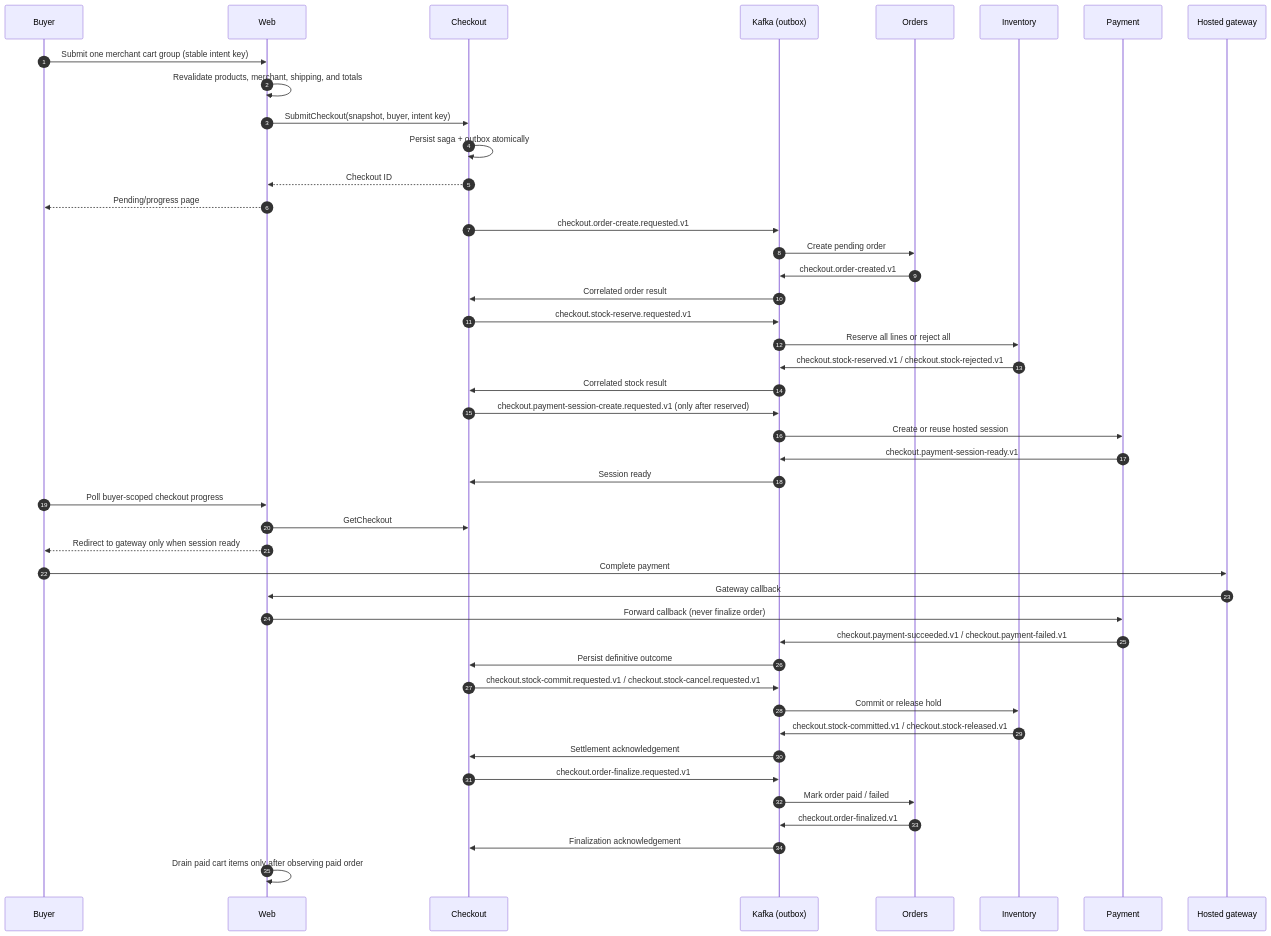
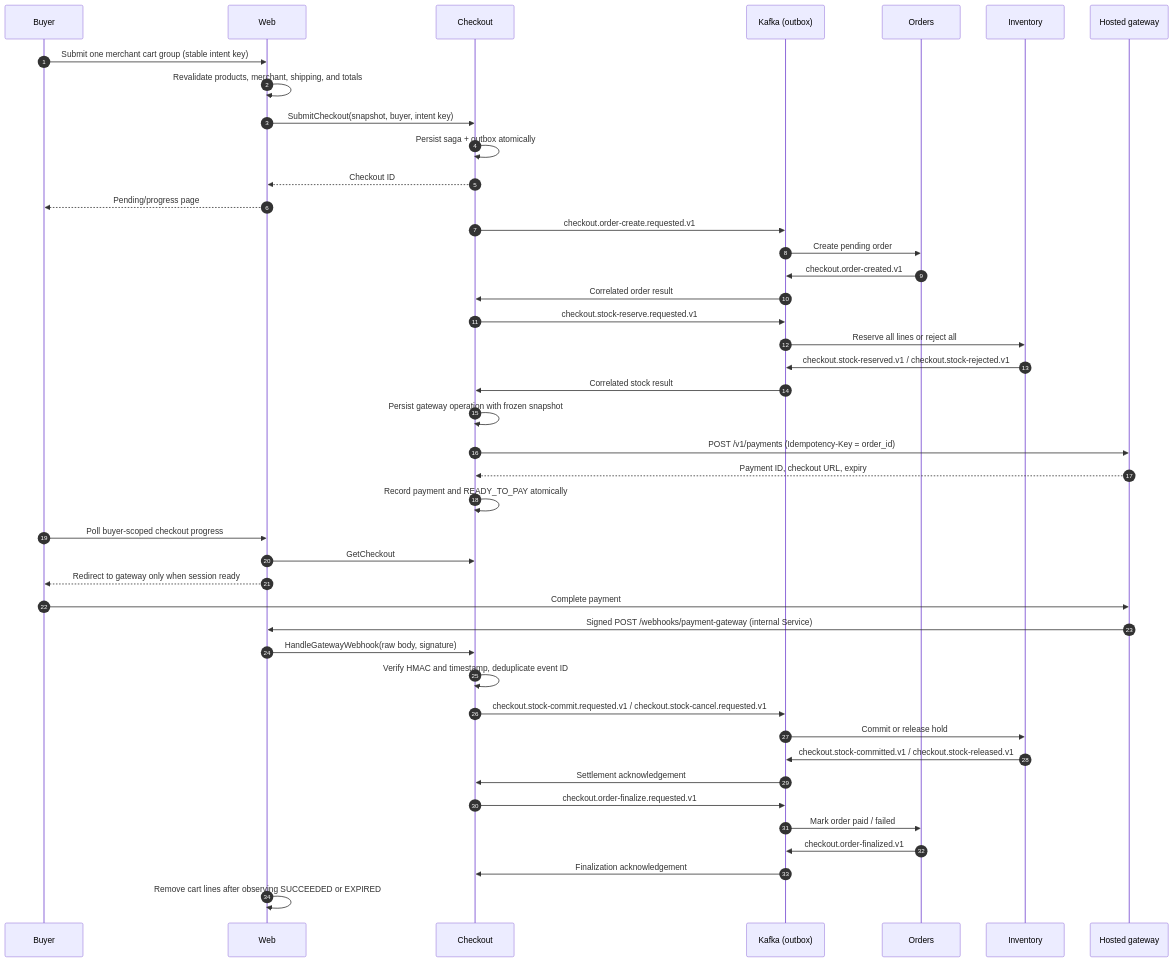
Before and after one commit to phuchoang2603/refurbished-marketplace: the diagram in docs/order-placement.md, drawn with Mermaid. The commit also changed other lines of this file and 27 other files, not shown here.

Commit message:
feat(infra): wire production gateway and remove legacy payment deployment

````diff
--- a/docs/order-placement.md
+++ b/docs/order-placement.md
@@ -7,48 +7,46 @@
 ```mermaid
 sequenceDiagram
     autonumber
     participant B as Buyer
     participant W as Web
     participant C as Checkout
     participant K as Kafka (outbox)
     participant O as Orders
     participant I as Inventory
-    participant P as Payment
     participant G as Hosted gateway
 
     B->>W: Submit one merchant cart group (stable intent key)
     W->>W: Revalidate products, merchant, shipping, and totals
     W->>C: SubmitCheckout(snapshot, buyer, intent key)
     C->>C: Persist saga + outbox atomically
     C-->>W: Checkout ID
     W-->>B: Pending/progress page
     C->>K: checkout.order-create.requested.v1
     K->>O: Create pending order
     O->>K: checkout.order-created.v1
     K->>C: Correlated order result
     C->>K: checkout.stock-reserve.requested.v1
     K->>I: Reserve all lines or reject all
     I->>K: checkout.stock-reserved.v1 / checkout.stock-rejected.v1
     K->>C: Correlated stock result
-    C->>K: checkout.payment-session-create.requested.v1 (only after reserved)
-    K->>P: Create or reuse hosted session
-    P->>K: checkout.payment-session-ready.v1
-    K->>C: Session ready
+    C->>C: Persist gateway operation with frozen snapshot
+    C->>G: POST /v1/payments (Idempotency-Key = order_id)
+    G-->>C: Payment ID, checkout URL, expiry
+    C->>C: Record payment and READY_TO_PAY atomically
     B->>W: Poll buyer-scoped checkout progress
     W->>C: GetCheckout
     W-->>B: Redirect to gateway only when session ready
     B->>G: Complete payment
-    G->>W: Gateway callback
-    W->>P: Forward callback (never finalize order)
-    P->>K: checkout.payment-succeeded.v1 / checkout.payment-failed.v1
-    K->>C: Persist definitive outcome
+    G->>W: Signed POST /webhooks/payment-gateway (internal Service)
+    W->>C: HandleGatewayWebhook(raw body, signature)
+    C->>C: Verify HMAC and timestamp, deduplicate event ID
     C->>K: checkout.stock-commit.requested.v1 / checkout.stock-cancel.requested.v1
     K->>I: Commit or release hold
     I->>K: checkout.stock-committed.v1 / checkout.stock-released.v1
     K->>C: Settlement acknowledgement
     C->>K: checkout.order-finalize.requested.v1
     K->>O: Mark order paid / failed
     O->>K: checkout.order-finalized.v1
     K->>C: Finalization acknowledgement
-    W->>W: Drain paid cart items only after observing paid order
+    W->>W: Remove cart lines after observing SUCCEEDED or EXPIRED
 ```
````
